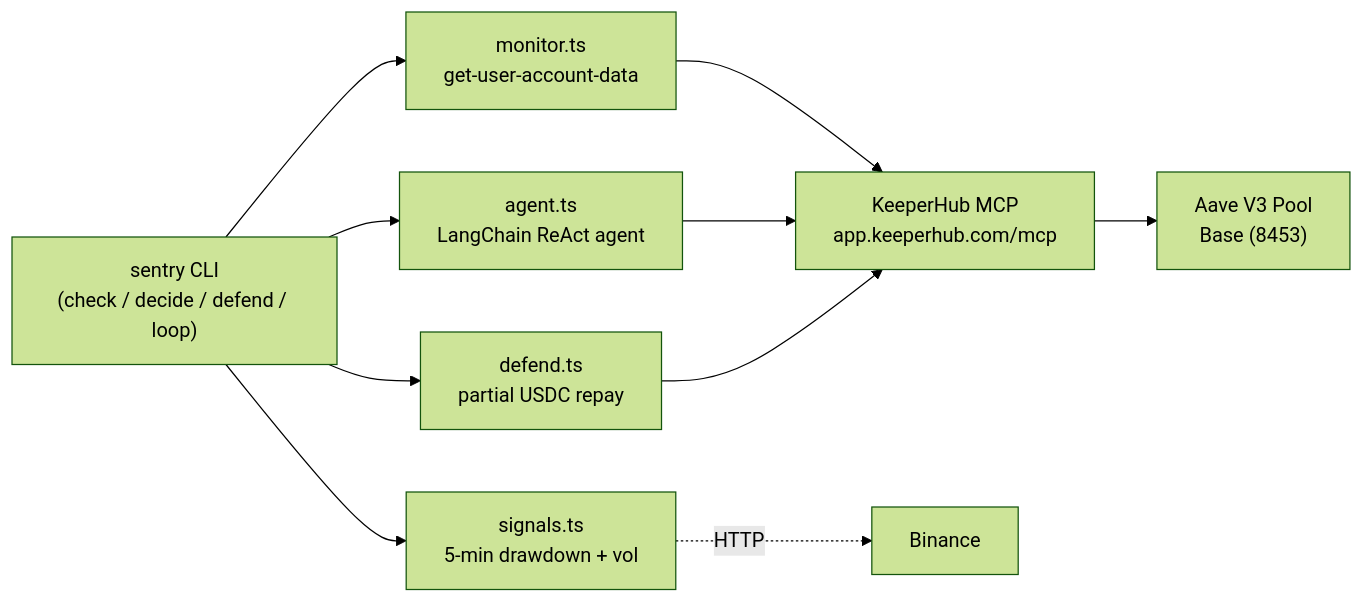
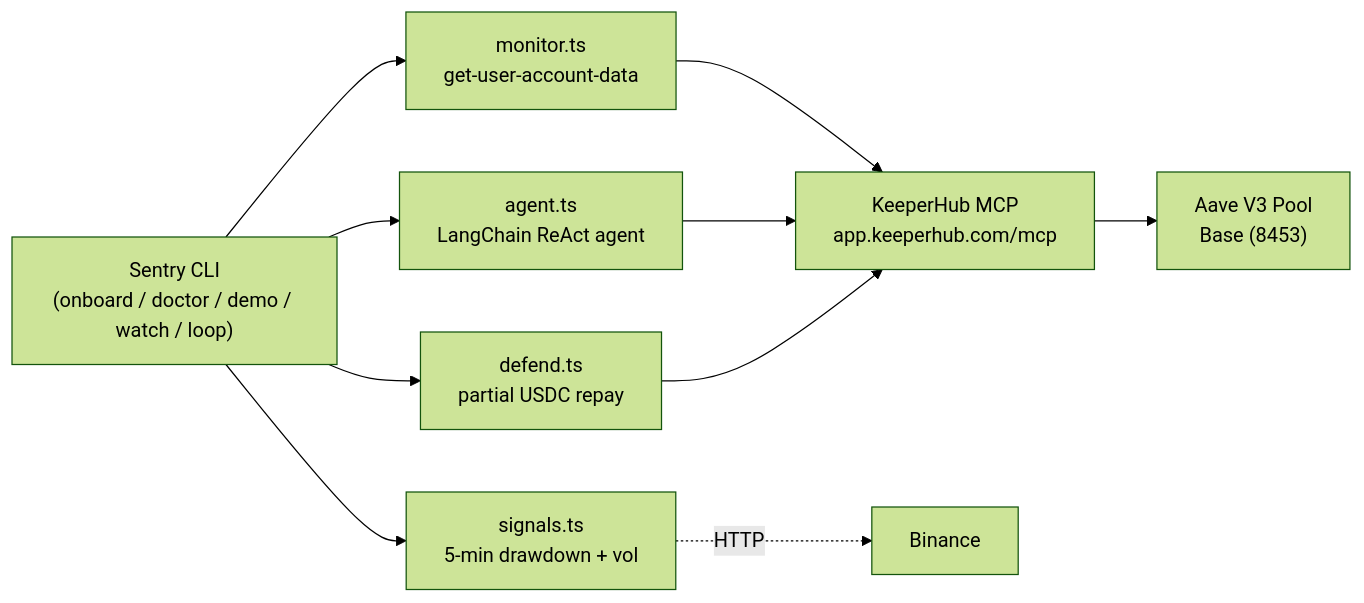
The diagram in README.md (Ashley-code396/Sentry), drawn with Mermaid (forest theme) before and after one commit. The commit also changed other lines of this file and 17 other files, not shown here.

````diff
--- a/README.md
+++ b/README.md
@@ -7,20 +129,20 @@
 ```mermaid
 flowchart LR
-  CLI["sentry CLI\n(check / decide / defend / loop)"]
+  CLI["Sentry CLI\n(onboard / doctor / demo / watch / loop)"]
   Monitor["monitor.ts\nget-user-account-data"]
   Signals["signals.ts\n5-min drawdown + vol"]
   Agent["agent.ts\nLangChain ReAct agent"]
   Defend["defend.ts\npartial USDC repay"]
   KH["KeeperHub MCP\napp.keeperhub.com/mcp"]
   Aave["Aave V3 Pool\nBase (8453)"]
 
   CLI --> Monitor
   CLI --> Signals
   CLI --> Agent
   CLI --> Defend
   Monitor --> KH
   Signals -. HTTP .-> Binance
   Agent --> KH
   Defend --> KH
   KH --> Aave
 ```
````
